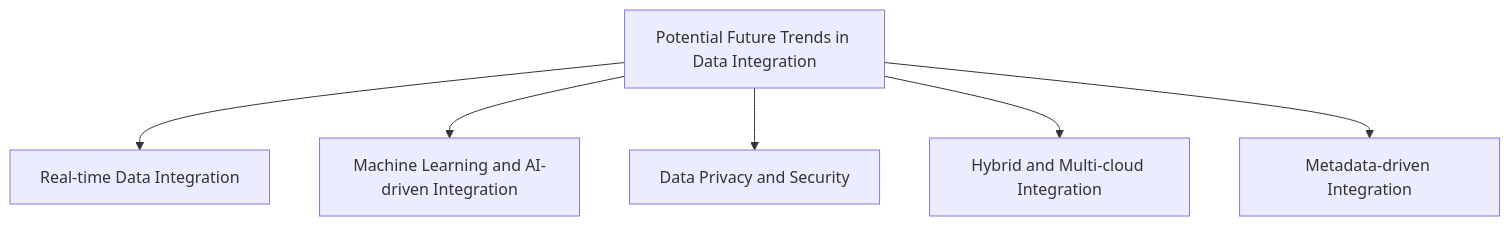
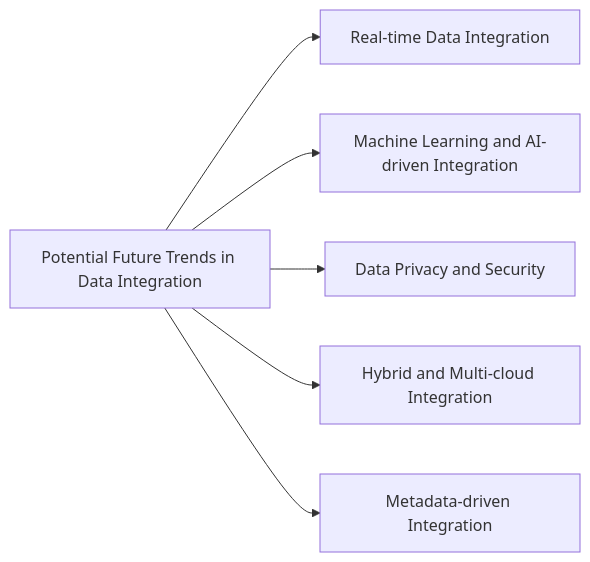
The diagram in chapter3/13-future-trends-of-dataintegration.md (raphaelmansuy/data-architecture-diagrams), drawn with Mermaid before and after one commit. The commit also changed 7 other files, not shown here.

````diff
--- a/chapter3/13-future-trends-of-dataintegration.md
+++ b/chapter3/13-future-trends-of-dataintegration.md
@@ -3,15 +3,15 @@
 ```mermaid
-graph TD
+graph LR
 A[Potential Future Trends in Data Integration]
 B[Real-time Data Integration]
 C[Machine Learning and AI-driven Integration]
 D[Data Privacy and Security]
 E[Hybrid and Multi-cloud Integration]
 F[Metadata-driven Integration]
 
 A --> B
 A --> C
 A --> D
 A --> E
 A --> F
 ```
````
